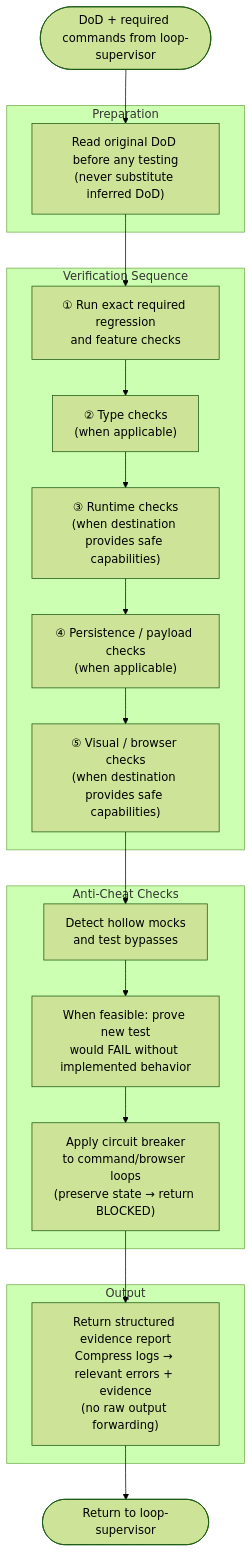
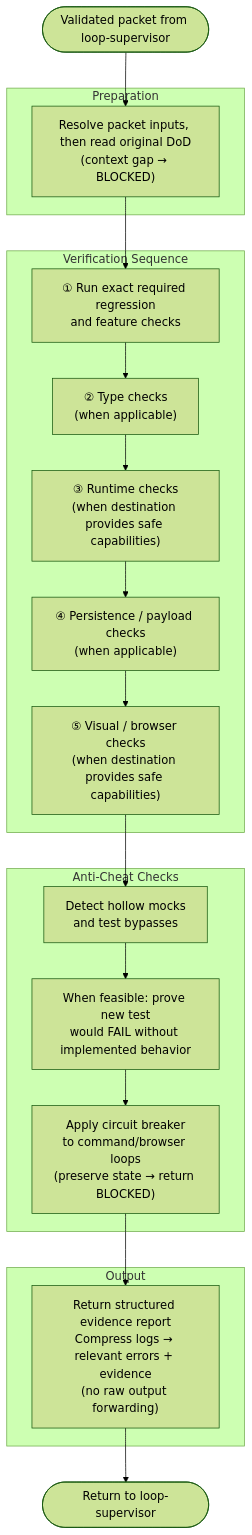
The diagram in docs/architecture/qa-runner.md (ericmaster/agent-fabric), drawn with Mermaid (forest theme) before and after one commit. The commit also changed other lines of this file and 22 other files, not shown here.

First line of the commit message:
feat(agents): enforce fail-closed fresh-context Delegation Packet contract

````diff
--- a/docs/architecture/qa-runner.md
+++ b/docs/architecture/qa-runner.md
@@ -11,34 +13,34 @@
 ```mermaid
 flowchart TD
-    START([DoD + required commands from loop-supervisor]) --> READDOD
+    START([Validated packet from loop-supervisor]) --> READDOD
 
     subgraph "Preparation"
-        READDOD["Read original DoD before any testing\n(never substitute inferred DoD)"]
+        READDOD["Resolve packet inputs, then read original DoD\n(context gap → BLOCKED)"]
     end
 
     READDOD --> REGRESSION
 
     subgraph "Verification Sequence"
         REGRESSION["① Run exact required regression\nand feature checks"]
         TYPE["② Type checks\n(when applicable)"]
         RUNTIME["③ Runtime checks\n(when destination provides safe capabilities)"]
         PERSIST["④ Persistence / payload checks\n(when applicable)"]
         VISUAL["⑤ Visual / browser checks\n(when destination provides safe capabilities)"]
     end
 
     REGRESSION --> TYPE --> RUNTIME --> PERSIST --> VISUAL --> ANTICHECK
 
     subgraph "Anti-Cheat Checks"
         ANTICHECK["Detect hollow mocks\nand test bypasses"]
         MUTATION["When feasible: prove new test\nwould FAIL without implemented behavior"]
         CIRCUIT["Apply circuit breaker\nto command/browser loops\n(preserve state → return BLOCKED)"]
     end
 
     ANTICHECK --> MUTATION --> CIRCUIT --> REPORT
 
     subgraph "Output"
         REPORT["Return structured evidence report\nCompress logs → relevant errors + evidence\n(no raw output forwarding)"]
     end
 
     REPORT --> DONE([Return to loop-supervisor])
 ```
````
